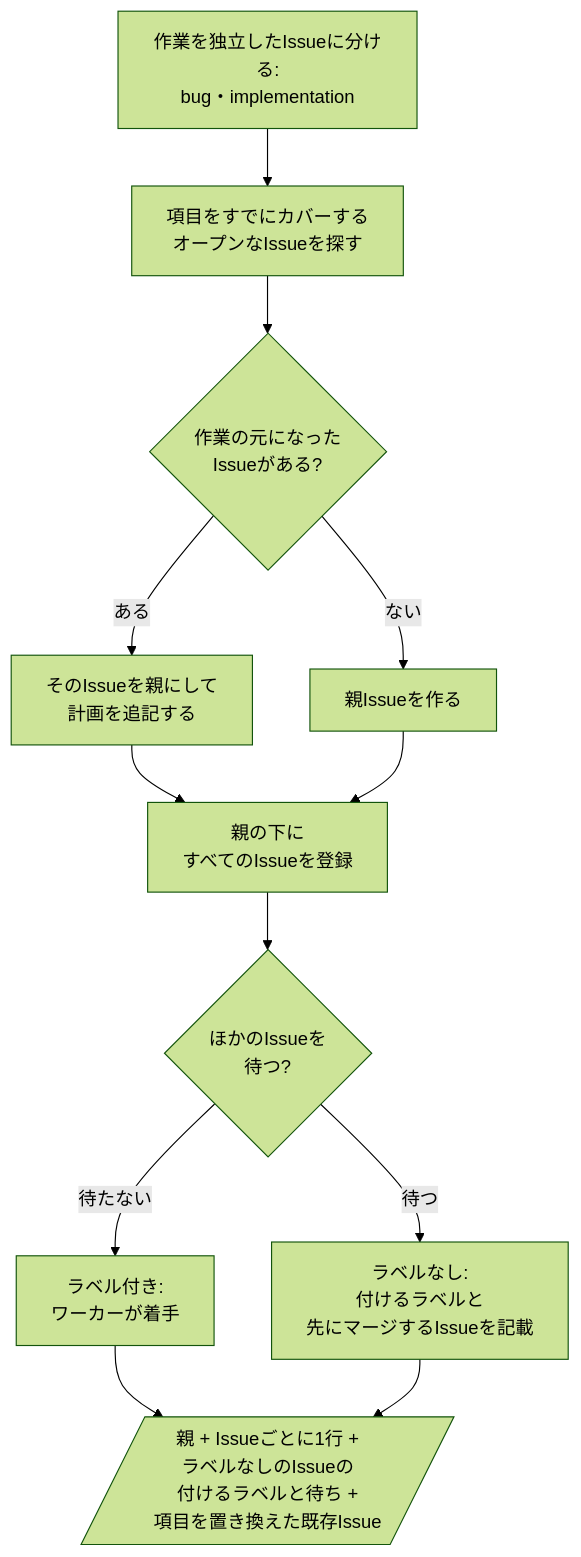
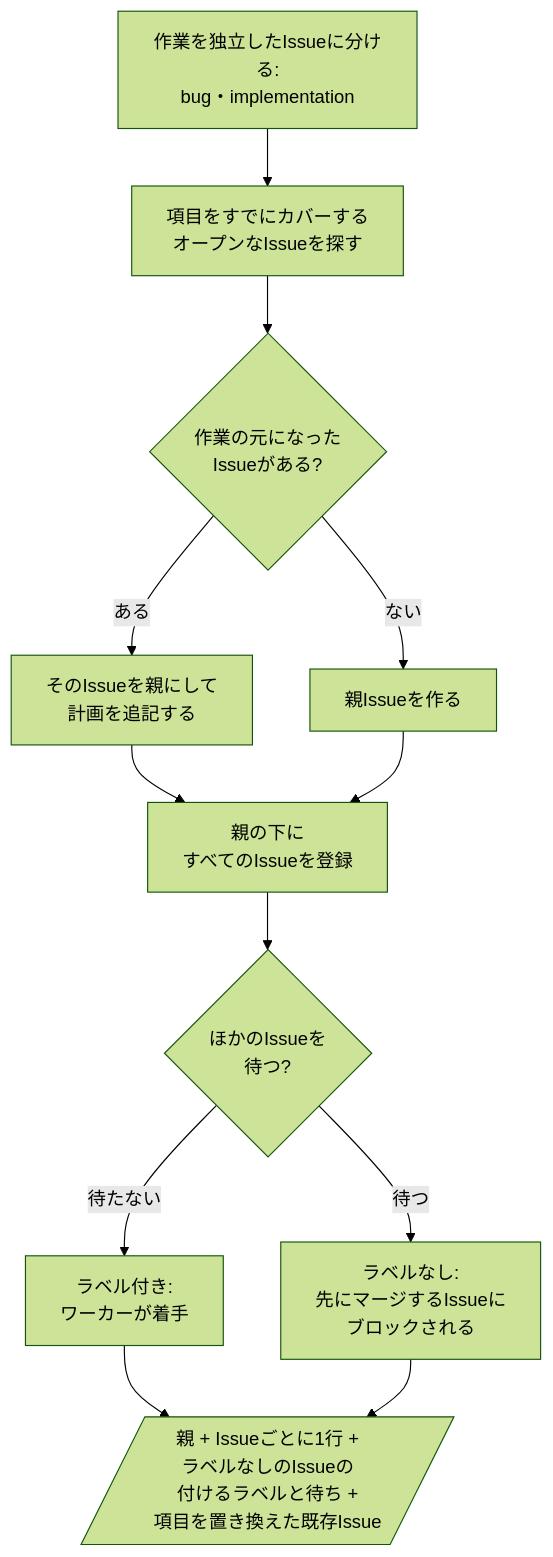
One commit to omni-stove/skill-kit changed the diagram in shared/skills/delegate/README.ja.md. Above: the diagram before and after it, drawn with Mermaid (forest theme). The commit also changed 12 other files, not shown here.

````diff
--- a/shared/skills/delegate/README.ja.md
+++ b/shared/skills/delegate/README.ja.md
@@ -3,15 +3,15 @@
 ```mermaid
 flowchart TD
   split["作業を独立したIssueに分ける:<br/>bug・implementation"]
   split --> similar[項目をすでにカバーする<br/>オープンなIssueを探す]
   similar --> origin{作業の元になった<br/>Issueがある?}
   origin -- "ある" --> comment[そのIssueを親にして<br/>計画を追記する]
   origin -- "ない" --> parent[親Issueを作る]
   comment --> create[親の下に<br/>すべてのIssueを登録]
   create --> wait{ほかのIssueを<br/>待つ?}
   wait -- "待たない" --> now[ラベル付き:<br/>ワーカーが着手]
-  wait -- "待つ" --> later[ラベルなし:<br/>付けるラベルと<br/>先にマージするIssueを記載]
+  wait -- "待つ" --> later[ラベルなし:<br/>先にマージするIssueに<br/>ブロックされる]
   parent --> create
   now --> report[/"親 + Issueごとに1行 +<br/>ラベルなしのIssueの<br/>付けるラベルと待ち +<br/>項目を置き換えた既存Issue"/]
   later --> report
 ```
````
